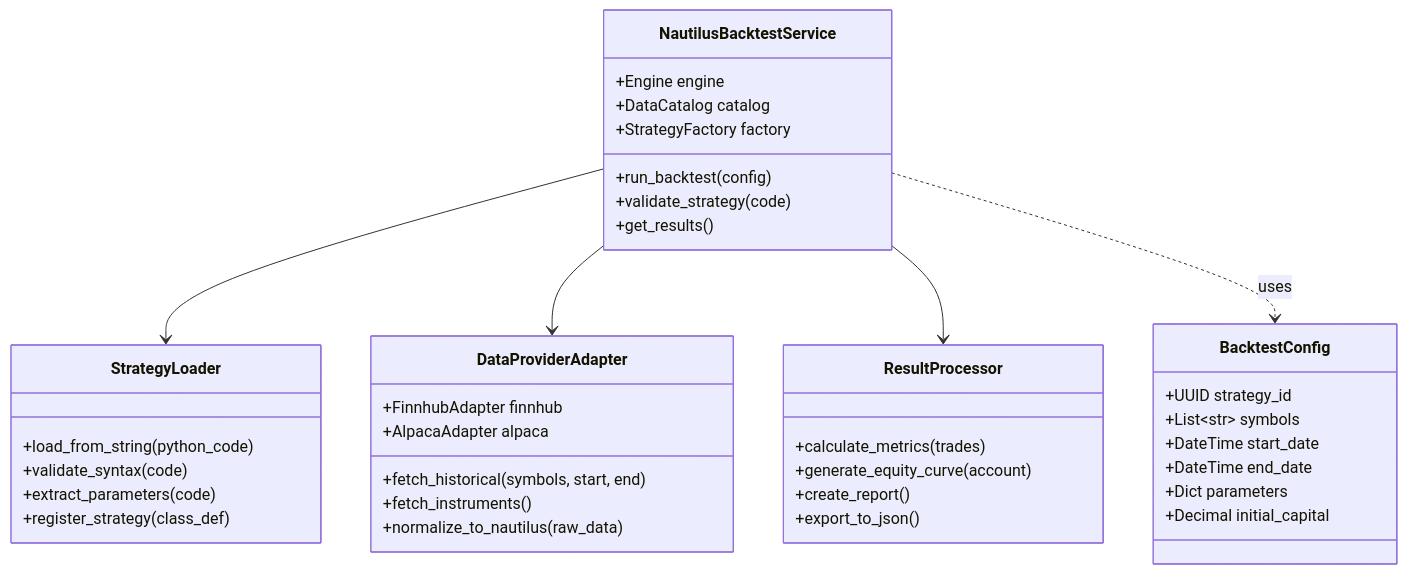
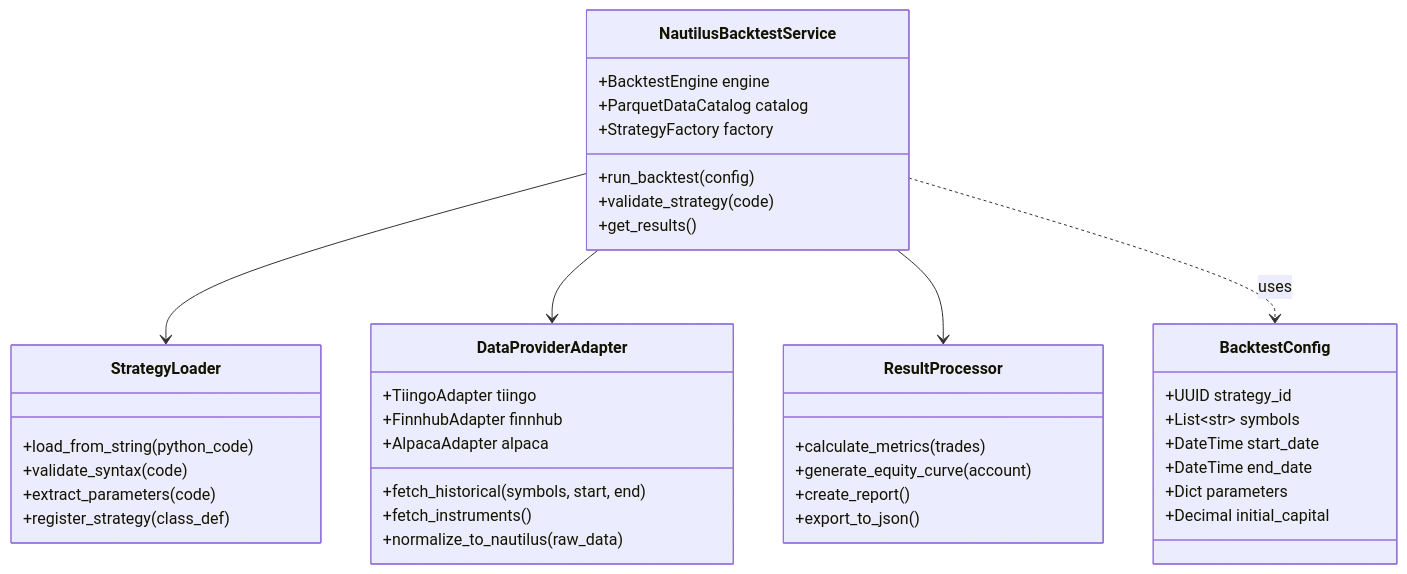
One commit to huydhoang/quantlens-docs changed the sixth of 8 diagrams in system_design.md. Above: the diagram before and after it, drawn with Mermaid. The commit also changed other lines of this file and 3 other files, not shown here.

````diff
--- a/system_design.md
+++ b/system_design.md
@@ -218,47 +221,48 @@
 ```mermaid
 classDiagram
     class NautilusBacktestService {
-        +Engine engine
-        +DataCatalog catalog
+        +BacktestEngine engine
+        +ParquetDataCatalog catalog
         +StrategyFactory factory
         +run_backtest(config)
         +validate_strategy(code)
         +get_results()
     }
     
     class StrategyLoader {
         +load_from_string(python_code)
         +validate_syntax(code)
         +extract_parameters(code)
         +register_strategy(class_def)
     }
     
     class DataProviderAdapter {
+        +TiingoAdapter tiingo
         +FinnhubAdapter finnhub
         +AlpacaAdapter alpaca
         +fetch_historical(symbols, start, end)
         +fetch_instruments()
         +normalize_to_nautilus(raw_data)
     }
     
     class BacktestConfig {
         +UUID strategy_id
         +List~str~ symbols
         +DateTime start_date
         +DateTime end_date
         +Dict parameters
         +Decimal initial_capital
     }
     
     class ResultProcessor {
         +calculate_metrics(trades)
         +generate_equity_curve(account)
         +create_report()
         +export_to_json()
     }
     
     NautilusBacktestService --> StrategyLoader
     NautilusBacktestService --> DataProviderAdapter
     NautilusBacktestService --> ResultProcessor
     NautilusBacktestService ..> BacktestConfig : uses
 ```
````
